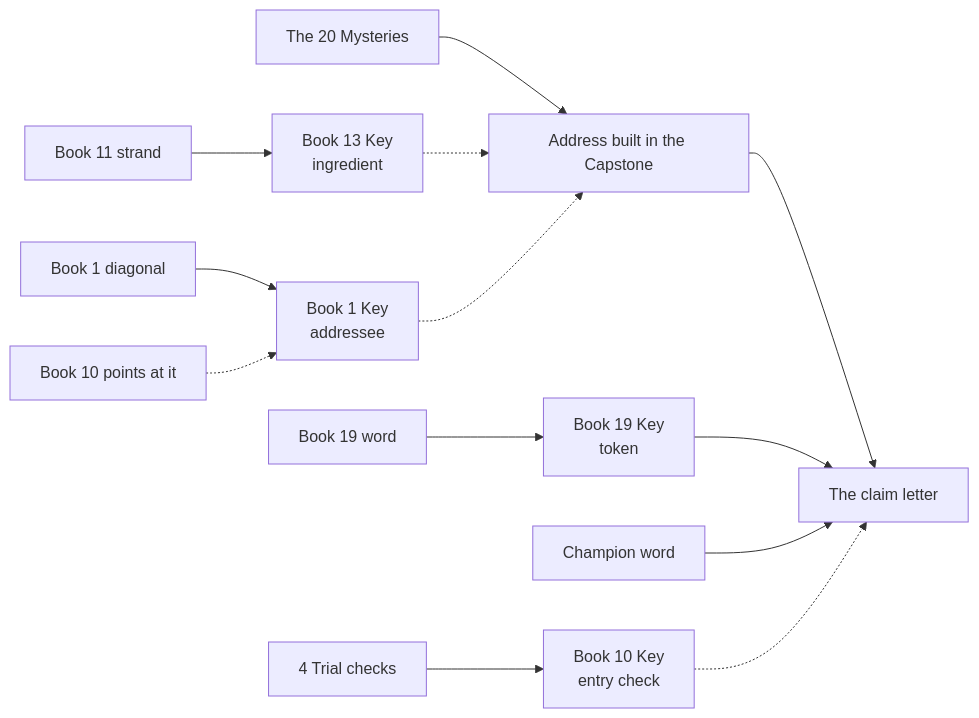
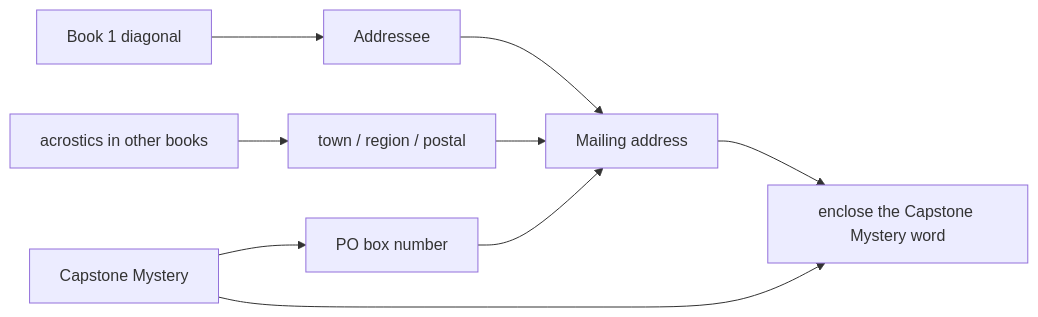
Before and after one commit to ianring/lab: the first of 2 diagrams in puzzlebook2/SERIES-MAP.md, drawn with Mermaid. The commit also changed other lines of this file and 1 other file, not shown here.

````diff
--- a/puzzlebook2/SERIES-MAP.md
+++ b/puzzlebook2/SERIES-MAP.md
@@ -529,16 +265,11 @@
 ```mermaid
 flowchart LR
-  B1a[Book 1 diagonal] --> K1[Book 1 Key<br/>addressee]
-  B10r[Book 10 points at it] -.-> K1
-  B11s[Book 11 strand] --> K13[Book 13 Key<br/>ingredient]
-  B19t[Book 19 word] --> K19[Book 19 Key<br/>token]
-  T[4 Trial checks] --> K10[Book 10 Key<br/>entry check]
-
-  MYS[The 20 Mysteries] --> ADDR[Address built in the Capstone]
-  K13 -.-> ADDR
-  K1 -.-> ADDR
+  B1a[Book 1 diagonal] --> AE[Addressee]
+  BXa[acrostics in other books] --> PLACE[town / region / postal]
+  CMYS[Capstone Mystery] --> BOX[PO box number]
+  AE --> ADDR[Mailing address]
+  PLACE --> ADDR
+  BOX --> ADDR
   ADDR --> LETTER[The claim letter]
-  K19 --> LETTER
-  CHAMP[Champion word] --> LETTER
-  K10 -.-> LETTER
+  CMYS --> LETTER[enclose the Capstone Mystery word]
 ```
````
